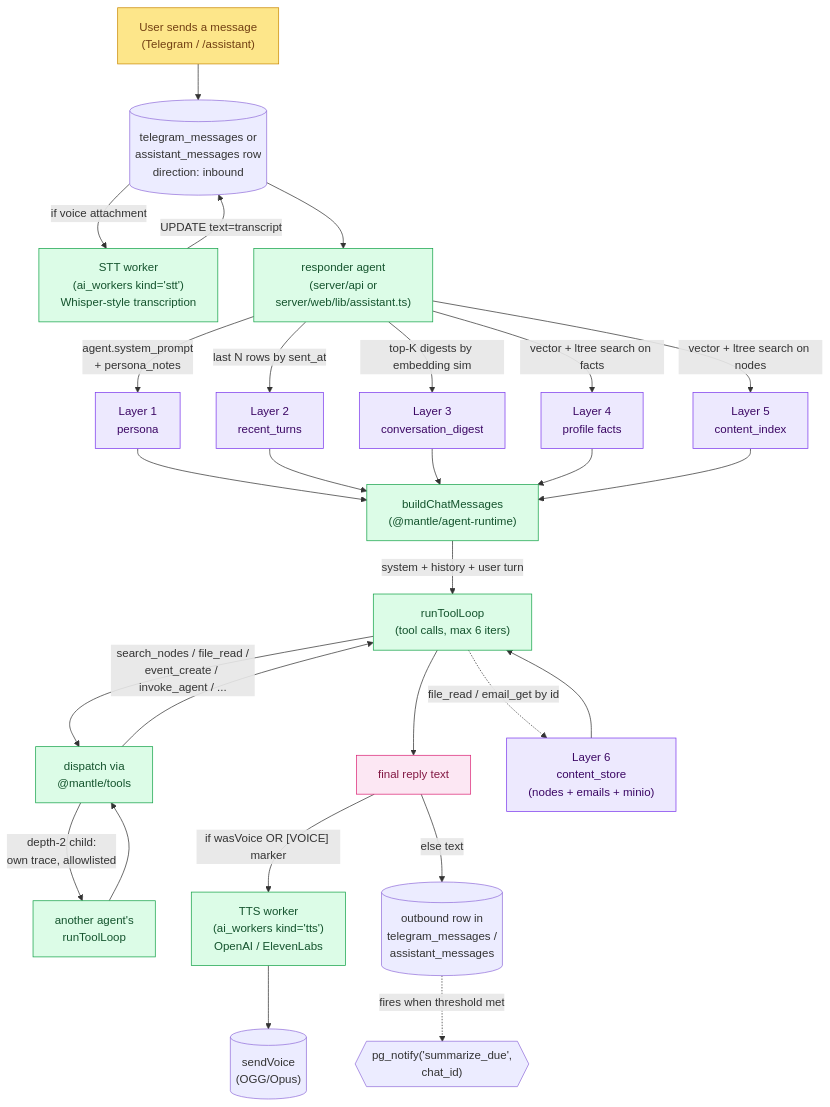
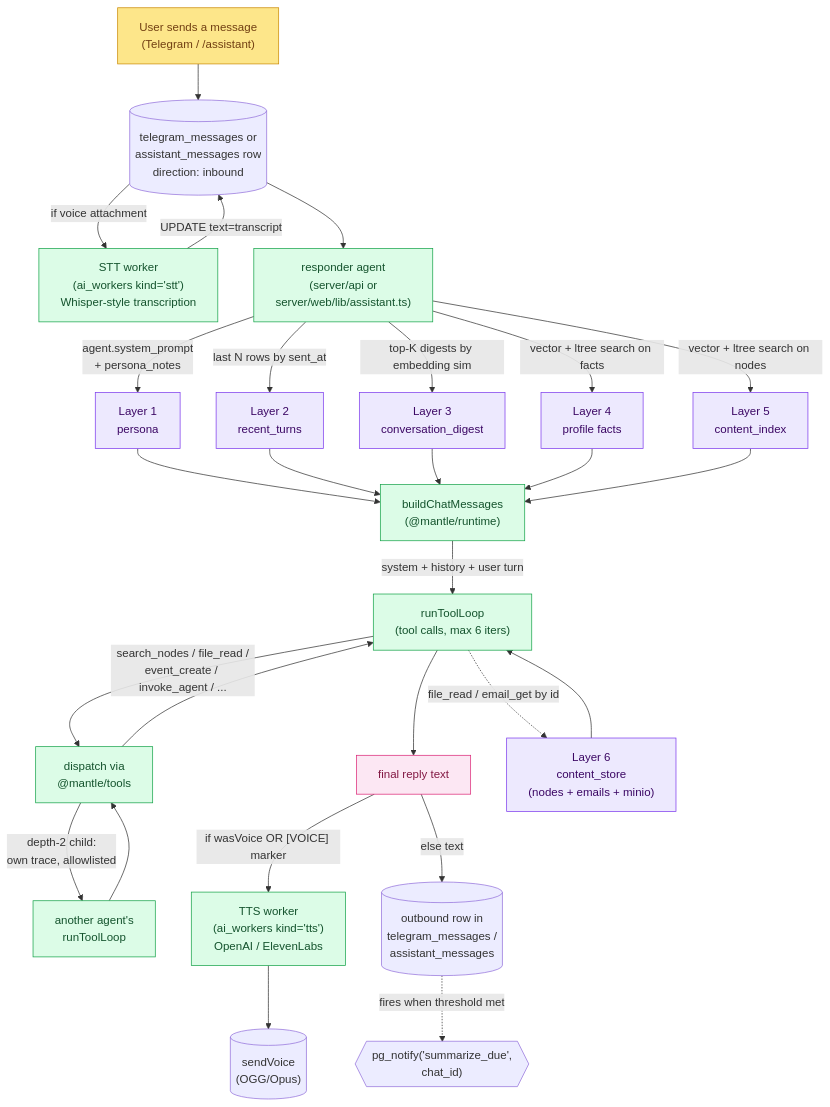
Before and after one commit to crossworks-engineering/mantle: the second of 2 diagrams in docs/memory.md, drawn with Mermaid. The commit also changed other lines of this file and 170 other files, not shown here.

````diff
--- a/docs/memory.md
+++ b/docs/memory.md
@@ -139,47 +139,47 @@
 ```mermaid
 flowchart TD
     classDef user   fill:#fde68a,stroke:#ca8a04,color:#713f12
     classDef layer  fill:#ede9fe,stroke:#7c3aed,color:#3b0764
     classDef agent  fill:#dcfce7,stroke:#16a34a,color:#14532d
     classDef out    fill:#fce7f3,stroke:#db2777,color:#831843
 
     U["User sends a message<br/>(Telegram / /assistant)"]:::user
     U --> IN[("telegram_messages or<br/>assistant_messages row<br/>direction: inbound")]
 
     %% Voice messages route through STT before the responder sees them
     IN -- "if voice attachment" --> STT["STT worker<br/>(ai_workers kind='stt')<br/>Whisper-style transcription"]:::agent
     STT -- "UPDATE text=transcript" --> IN
 
     IN --> RESP["responder agent<br/>(server/api or<br/>server/web/lib/assistant.ts)"]:::agent
 
     RESP -- "agent.system_prompt<br/>+ persona_notes" --> L1["Layer 1<br/>persona"]:::layer
     RESP -- "last N rows by sent_at" --> L2["Layer 2<br/>recent_turns"]:::layer
     RESP -- "top-K digests by embedding sim" --> L3["Layer 3<br/>conversation_digest"]:::layer
     RESP -- "vector + ltree search on facts" --> L4["Layer 4<br/>profile facts"]:::layer
     RESP -- "vector + ltree search on nodes" --> L5["Layer 5<br/>content_index"]:::layer
 
-    L1 --> ASSY["buildChatMessages<br/>(@mantle/agent-runtime)"]:::agent
+    L1 --> ASSY["buildChatMessages<br/>(@mantle/runtime)"]:::agent
     L2 --> ASSY
     L3 --> ASSY
     L4 --> ASSY
     L5 --> ASSY
 
     ASSY -- "system + history + user turn" --> LOOP["runToolLoop<br/>(tool calls, max 6 iters)"]:::agent
 
     LOOP -- "search_nodes / file_read /<br/>event_create / invoke_agent / ..." --> TOOLS["dispatch via<br/>@mantle/tools"]:::agent
     TOOLS -- "depth-2 child:<br/>own trace, allowlisted" --> CHILD["another agent's<br/>runToolLoop"]:::agent
     CHILD --> TOOLS
     TOOLS --> LOOP
 
     LOOP --> REPLY["final reply text"]:::out
 
     %% Outbound voice — TTS when user voice-messaged us or LLM emitted [VOICE]
     REPLY -- "if wasVoice OR [VOICE] marker" --> TTS["TTS worker<br/>(ai_workers kind='tts')<br/>OpenAI / ElevenLabs"]:::agent
     TTS --> OUTV[("sendVoice<br/>(OGG/Opus)")]
     REPLY -- "else text" --> OUT[("outbound row in<br/>telegram_messages /<br/>assistant_messages")]
     OUT -. fires when threshold met .-> SD{{"pg_notify('summarize_due',<br/>chat_id)"}}
 
     %% Tier 6 fetch when full body needed
     LOOP -. "file_read / email_get by id" .-> L6["Layer 6<br/>content_store<br/>(nodes + emails + minio)"]:::layer
     L6 --> LOOP
 ```
````
